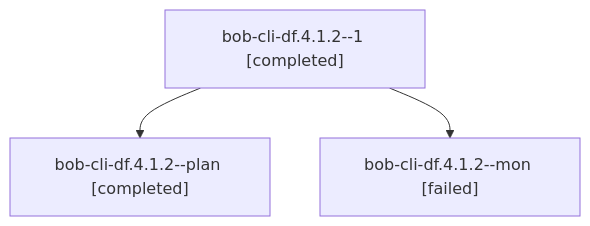
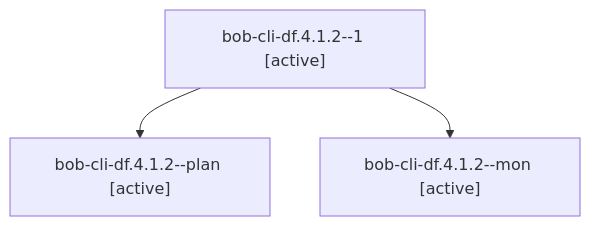
Before and after one commit to bobs-org/bob-cli--agents: the diagram in sessions/bbugyi200.athena.bob-cli-df.4.1.2.md, drawn with Mermaid. The commit also changed other lines of this file and 128 other files, not shown here.

````diff
--- a/sessions/bbugyi200.athena.bob-cli-df.4.1.2.md
+++ b/sessions/bbugyi200.athena.bob-cli-df.4.1.2.md
@@ -9,8 +9,8 @@
 ```mermaid
 flowchart TD
-  n0["bob-cli-df.4.1.2--1 [completed]"]
-  n1["bob-cli-df.4.1.2--plan [completed]"]
+  n0["bob-cli-df.4.1.2--1 [active]"]
+  n1["bob-cli-df.4.1.2--plan [active]"]
   n0 --> n1
-  n2["bob-cli-df.4.1.2--mon [failed]"]
+  n2["bob-cli-df.4.1.2--mon [active]"]
   n0 --> n2
 ```
````
